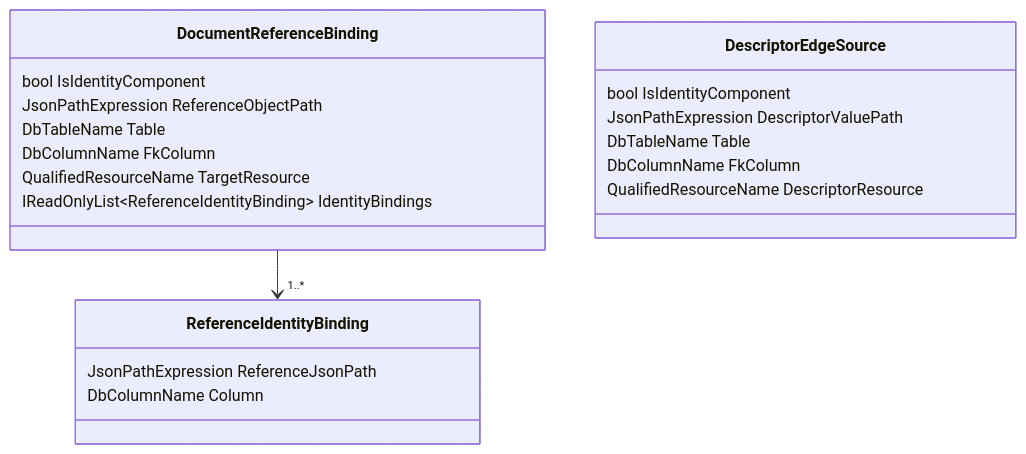
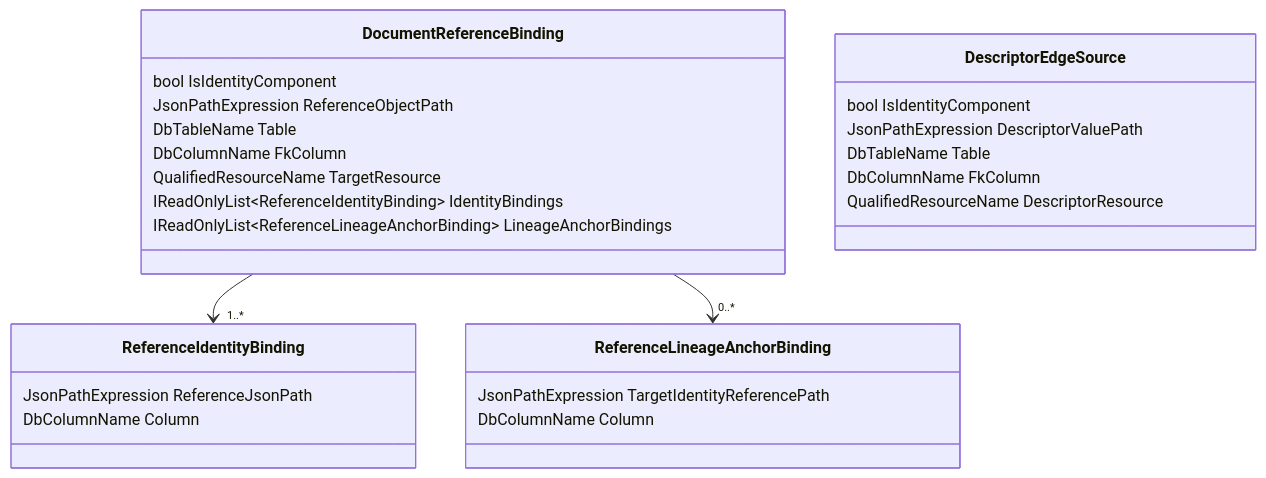
Before and after one commit to Ed-Fi-Alliance-OSS/Data-Management-Service: the sixth of 16 diagrams in reference/design/backend-redesign/presentations/relational-model-presentation.md, drawn with Mermaid. The commit also changed other lines of this file and 59 other files, not shown here.

````diff
--- a/reference/design/backend-redesign/presentations/relational-model-presentation.md
+++ b/reference/design/backend-redesign/presentations/relational-model-presentation.md
@@ -410,26 +281,33 @@
 ```mermaid
 classDiagram
     class DocumentReferenceBinding {
         bool IsIdentityComponent
         JsonPathExpression ReferenceObjectPath
         DbTableName Table
         DbColumnName FkColumn
         QualifiedResourceName TargetResource
         IReadOnlyList~ReferenceIdentityBinding~ IdentityBindings
+        IReadOnlyList~ReferenceLineageAnchorBinding~ LineageAnchorBindings
     }
 
     class ReferenceIdentityBinding {
         JsonPathExpression ReferenceJsonPath
+        DbColumnName Column
+    }
+
+    class ReferenceLineageAnchorBinding {
+        JsonPathExpression TargetIdentityReferencePath
         DbColumnName Column
     }
 
     class DescriptorEdgeSource {
         bool IsIdentityComponent
         JsonPathExpression DescriptorValuePath
         DbTableName Table
         DbColumnName FkColumn
         QualifiedResourceName DescriptorResource
     }
 
     DocumentReferenceBinding --> "1..*" ReferenceIdentityBinding
+    DocumentReferenceBinding --> "0..*" ReferenceLineageAnchorBinding
 ```
````
